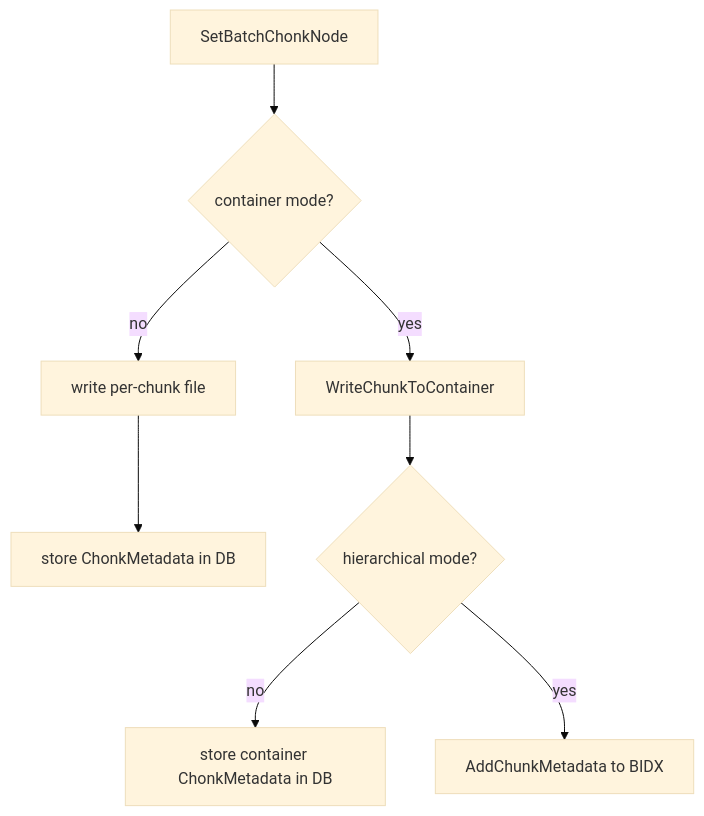
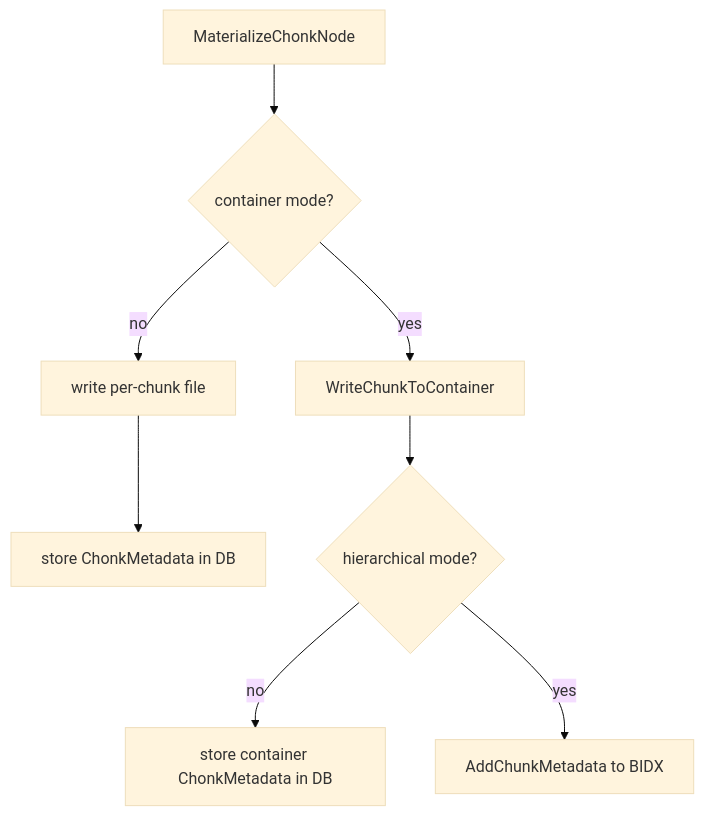
One commit to aoiflux/indicer changed the sixth of 7 diagrams in STORE_LLD.md. Above: the diagram before and after it, drawn with Mermaid (base theme). The commit also changed other lines of this file and 11 other files, not shown here.

````diff
--- a/STORE_LLD.md
+++ b/STORE_LLD.md
@@ -350,11 +352,11 @@
 ```mermaid
 flowchart TD
-    A[SetBatchChonkNode] --> B{container mode?}
+    A[MaterializeChonkNode] --> B{container mode?}
     B -- no --> C[write per-chunk file]
     C --> D[store ChonkMetadata in DB]
 
     B -- yes --> E[WriteChunkToContainer]
     E --> F{hierarchical mode?}
     F -- no --> G[store container ChonkMetadata in DB]
     F -- yes --> H[AddChunkMetadata to BIDX]
 ```
````
